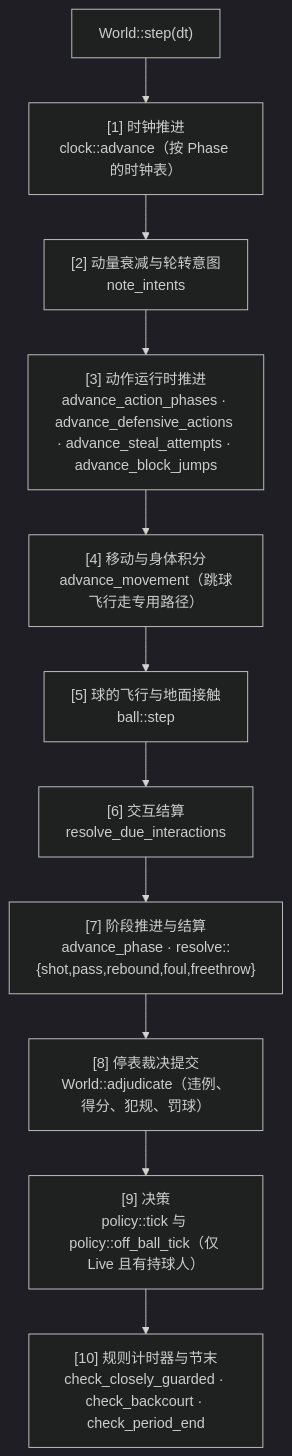
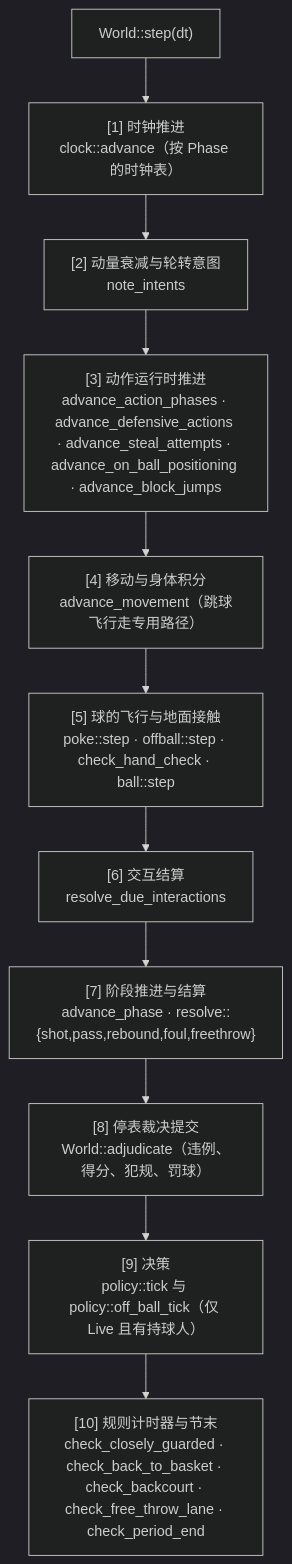
One commit to disaeye/nba-sim changed the second of 2 diagrams in docs/architecture.md. Above: the diagram before and after it, drawn with Mermaid (dark theme).

Commit message:
docs(architecture): list every step of the main loop in the pipeline diagram
管道图少了几步：站位姿态的推进（advance_on_ball_positioning）、非法触球的
判定（check_hand_check）、背身五秒的判定（check_back_to_basket）与罚球禁区
的检查（check_free_throw_lane）都在主循环里，示意图按实际顺序补上。

````diff
--- a/docs/architecture.md
+++ b/docs/architecture.md
@@ -95,13 +95,13 @@
 ```mermaid
 flowchart TD
     A["World::step(dt)"] --> B["[1] 时钟推进<br/>clock::advance（按 Phase 的时钟表）"]
     B --> C["[2] 动量衰减与轮转意图<br/>note_intents"]
-    C --> D["[3] 动作运行时推进<br/>advance_action_phases · advance_defensive_actions · advance_steal_attempts · advance_block_jumps"]
+    C --> D["[3] 动作运行时推进<br/>advance_action_phases · advance_defensive_actions · advance_steal_attempts · advance_on_ball_positioning · advance_block_jumps"]
     D --> E["[4] 移动与身体积分<br/>advance_movement（跳球飞行走专用路径）"]
-    E --> F["[5] 球的飞行与地面接触<br/>ball::step"]
+    E --> F["[5] 球的飞行与地面接触<br/>poke::step · offball::step · check_hand_check · ball::step"]
     F --> G["[6] 交互结算<br/>resolve_due_interactions"]
     G --> H["[7] 阶段推进与结算<br/>advance_phase · resolve::{shot,pass,rebound,foul,freethrow}"]
     H --> I["[8] 停表裁决提交<br/>World::adjudicate（违例、得分、犯规、罚球）"]
     I --> J["[9] 决策<br/>policy::tick 与 policy::off_ball_tick（仅 Live 且有持球人）"]
-    J --> K["[10] 规则计时器与节末<br/>check_closely_guarded · check_backcourt · check_period_end"]
+    J --> K["[10] 规则计时器与节末<br/>check_closely_guarded · check_back_to_basket · check_backcourt · check_free_throw_lane · check_period_end"]
 ```
````
